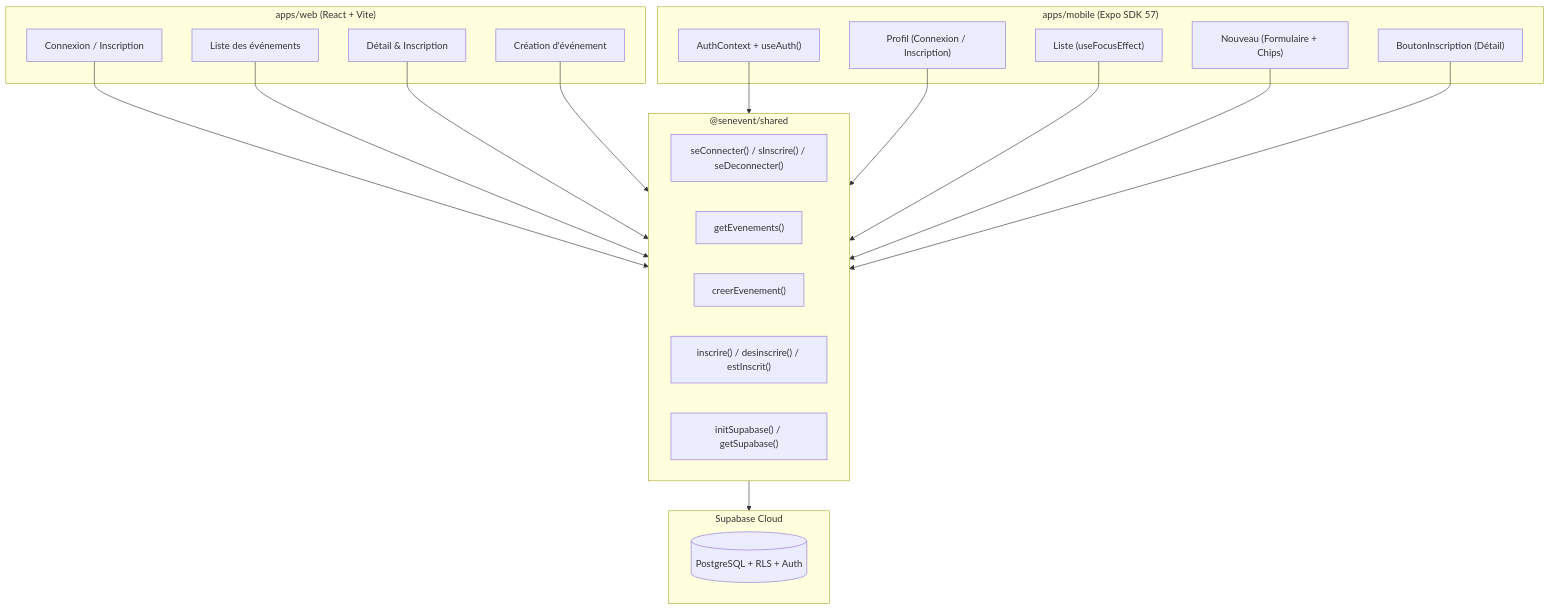
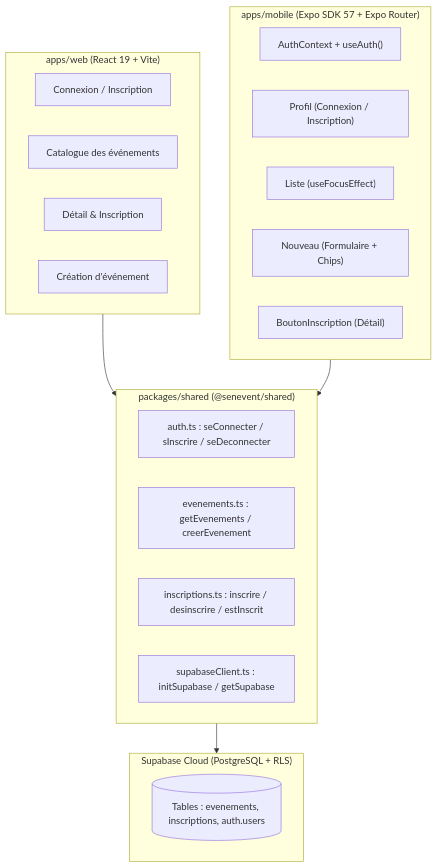
Before and after one commit to diop777/lab7_Senevent: the diagram in rapports/RAPPORT_LAB10.md, drawn with Mermaid. The commit also changed other lines of this file and 3 other files, not shown here.

````diff
--- a/rapports/RAPPORT_LAB10.md
+++ b/rapports/RAPPORT_LAB10.md
@@ -26,33 +53,32 @@
 ```mermaid
 flowchart TD
-    subgraph Web["apps/web (React + Vite)"]
+    subgraph Web["apps/web (React 19 + Vite)"]
         W1[Connexion / Inscription]
-        W2[Liste des événements]
+        W2[Catalogue des événements]
         W3[Détail & Inscription]
         W4[Création d'événement]
     end
 
-    subgraph Mobile["apps/mobile (Expo SDK 57)"]
+    subgraph Mobile["apps/mobile (Expo SDK 57 + Expo Router)"]
         M1["AuthContext + useAuth()"]
         M2["Profil (Connexion / Inscription)"]
         M3["Liste (useFocusEffect)"]
         M4["Nouveau (Formulaire + Chips)"]
         M5["BoutonInscription (Détail)"]
     end
 
-    subgraph Shared["@senevent/shared"]
-        S1["seConnecter() / sInscrire() / seDeconnecter()"]
-        S2["getEvenements()"]
-        S3["creerEvenement()"]
-        S4["inscrire() / desinscrire() / estInscrit()"]
-        S5["initSupabase() / getSupabase()"]
+    subgraph Shared["packages/shared (@senevent/shared)"]
+        S1["auth.ts : seConnecter / sInscrire / seDeconnecter"]
+        S2["evenements.ts : getEvenements / creerEvenement"]
+        S3["inscriptions.ts : inscrire / desinscrire / estInscrit"]
+        S4["supabaseClient.ts : initSupabase / getSupabase"]
     end
 
-    subgraph Supabase["Supabase Cloud"]
-        DB[(PostgreSQL + RLS + Auth)]
+    subgraph Supabase["Supabase Cloud (PostgreSQL + RLS)"]
+        DB[(Tables : evenements, inscriptions, auth.users)]
     end
 
-    W1 & W2 & W3 & W4 --> Shared
-    M1 & M2 & M3 & M4 & M5 --> Shared
+    Web --> Shared
+    Mobile --> Shared
     Shared --> Supabase
 ```
````
